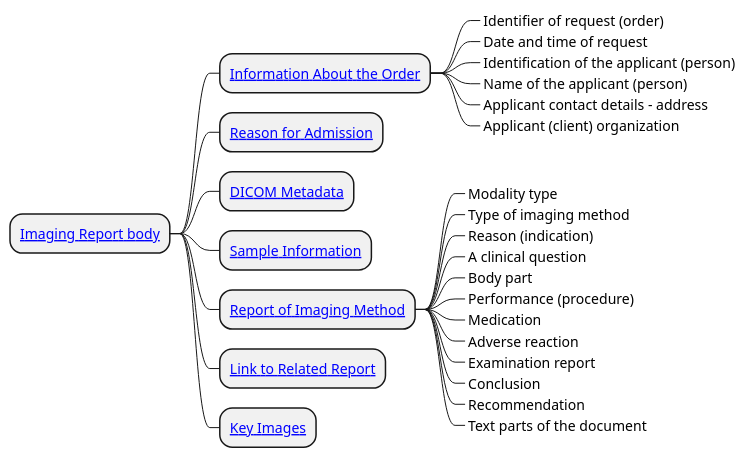
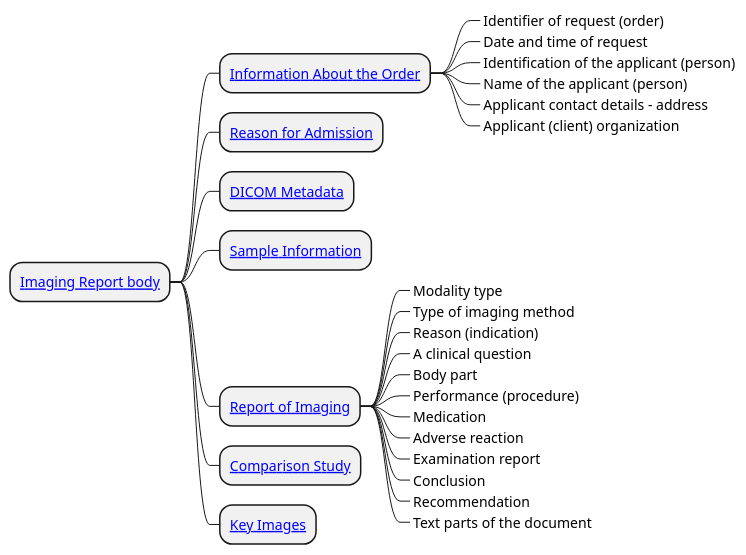
The diagram in input/images-source/imgReportBody_CIM.plantuml (HL7-cz/img), drawn with PlantUML before and after one commit. The commit also changed 31 other files, not shown here.

Commit message:
Fix CZ_Medication to CZ_MedicationCore, Rename wrong names in logical model and delete typeofImagingMethod from logical model

```diff
--- a/input/images-source/imgReportBody_CIM.plantuml
+++ b/input/images-source/imgReportBody_CIM.plantuml
@@ -1,71 +1,71 @@
 @startmindmap
 skinparam topurl StructureDefinition-
 
 * [[BodyImagingReportCz.html Imaging Report body]]
 ** [[InformationAboutOrder.html Information About the Order]]
 ***_ Identifier of request (order)
 ***_ Date and time of request
 ***_ Identification of the applicant (person)
 ***_ Name of the applicant (person)
 ***_ Applicant contact details - address
 ***_ Applicant (client) organization
 ** [[ReasonForAdmission.html Reason for Admission]]
 ** [[DcmMetadata.html DICOM Metadata]]
 ** [[SpecimenInformation.html Sample Information]]
-** [[ReportOfImagingMethod.html Report of Imaging Method]]
+** [[ReportOfImagingExamination.html Report of Imaging]]
 ***_ Modality type
 ***_ Type of imaging method
 ***_ Reason (indication)
 ***_ A clinical question
 ***_ Body part
 ***_ Performance (procedure)
 ***_ Medication
 ***_ Adverse reaction
 ***_ Examination report
 ***_ Conclusion
 ***_ Recommendation
 ***_ Text parts of the document
-** [[LinkToRelatedReport.html Link to Related Report]]
+** [[comparisonStudy.html Comparison Study]]
 ** [[KeyImagesAttachment.html Key Images]]
 '** [[Attachments.html Media (Attachments)]]
 
 /'***_ Order placer
 ***_ Order reason text
 ***_ Order reason
 ***_ Clinical question
 ***_ Supporting information
 ****_ Observation
 ****_ Condition
 ****_ Medication Administration
 ****_ Devices
 ****_ Pregnancy status
 ****_ Gestational age
 ****_ Sex for clinical use
 ****_ Other supporting information
 ** Specimen
 ** Service request
 ** Exposure information
 ***_ Effective dose
 ***_ Equivalent dose information
 ****_ Equivalent dose
 ****_ Tissue type
 ** Examination Report
 ***_ Modality
 ***_ Body part
 ****_ Body location
 ****_ Laterality
 ***_ Imaging procedures
 ***_ Medication
 ***_ Adverse reaction
 ***_ Result data
 ****_ Result text
 ****_ Observation results
 ***_ Conclusion
 ****_ Impression
 ****_ Condition or finding
 ** Recommendation
 ***_ Description
 ***_ Care plan
 ** Comparison Study
 '/
 @endmindmap
```
